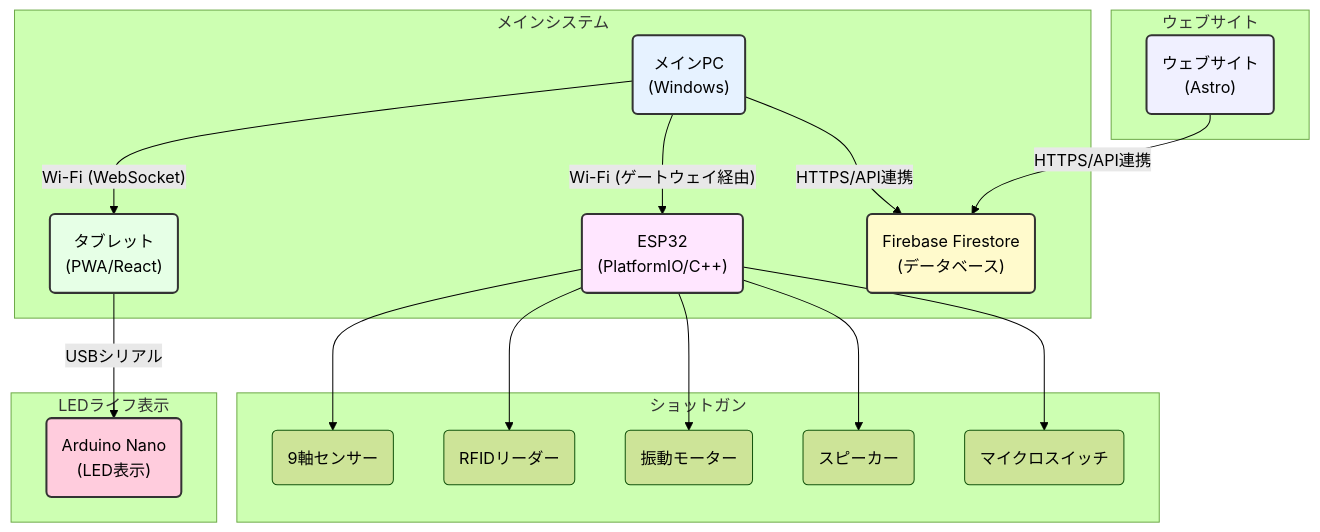
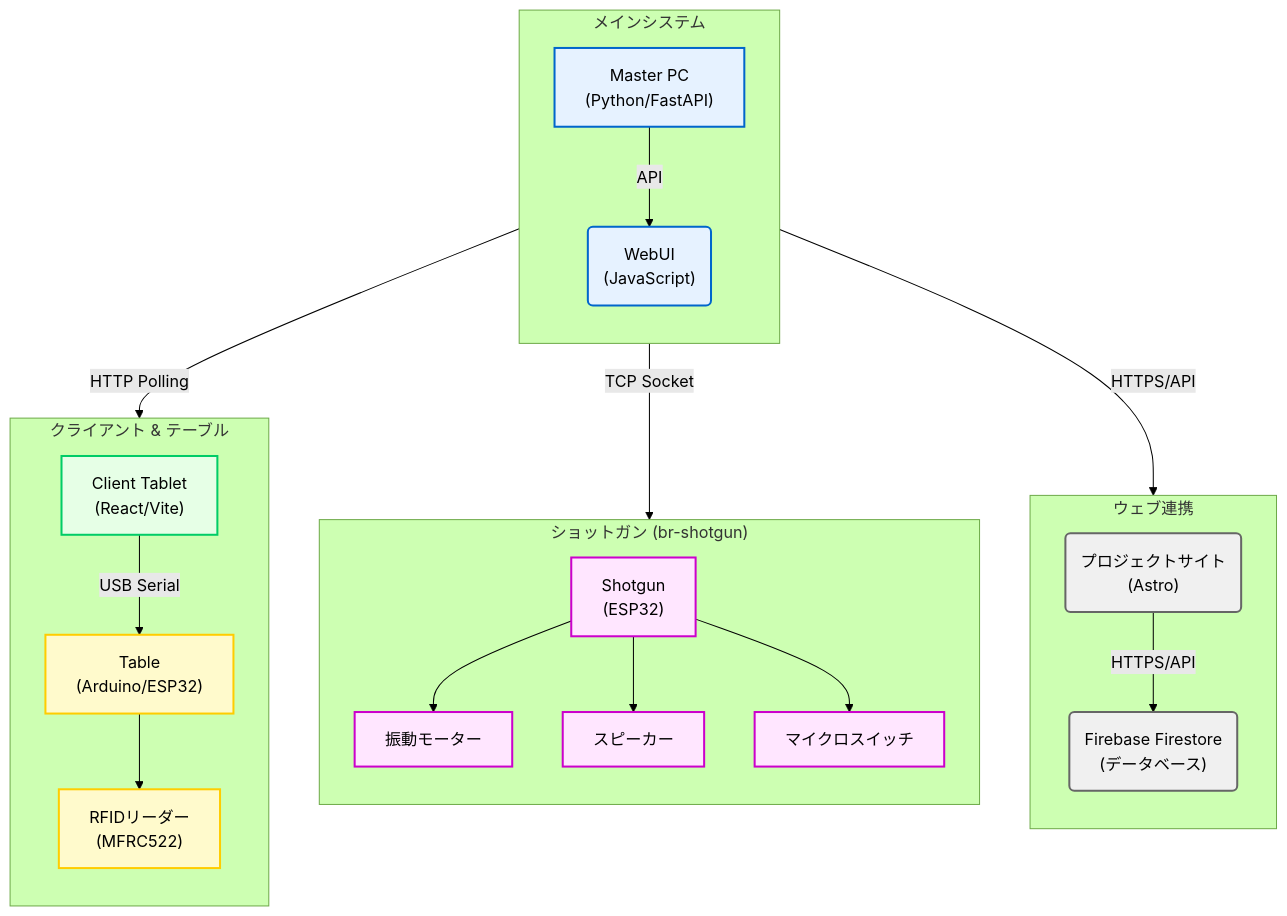
The diagram in tech.md (ProjectBR-Real/docs), drawn with Mermaid (forest theme) before and after one commit.

Commit message:
Refactor tech stack diagram with new components

````diff
--- a/tech.md
+++ b/tech.md
@@ -3,33 +3,51 @@
 ```mermaid
-graph TB
-    subgraph "メインシステム"
-        MainPC("メインPC<br>(Windows)")
-        MainPC -- Wi-Fi (ゲートウェイ経由) --> ESP32("ESP32<br>(PlatformIO/C++)")
-        MainPC -- Wi-Fi (WebSocket) --> TabletPWA("タブレット<br>(PWA/React)")
-        MainPC -- HTTPS/API連携 --> FirebaseDB("Firebase Firestore<br>(データベース)")
+flowchart TB
+    %% スタイル定義
+    classDef default fill:#f9f9f9,stroke:#333,stroke-width:1px;
+    classDef master fill:#e6f2ff,stroke:#0066cc,stroke-width:2px;
+    classDef client fill:#e6ffe6,stroke:#00cc66,stroke-width:2px;
+    classDef shotgun fill:#ffe6ff,stroke:#cc00cc,stroke-width:2px;
+    classDef table fill:#fffacc,stroke:#ffcc00,stroke-width:2px;
+    classDef web fill:#f0f0f0,stroke:#666,stroke-width:2px;
+
+    subgraph MainSystem ["メインシステム"]
+        direction TB
+        Master["Master PC<br>(Python/FastAPI)"]:::master
+        WebUI("WebUI<br>(JavaScript)"):::master
+        Master -- API --> WebUI
     end
 
-    subgraph "ショットガン"
-        ESP32 --> MPU9250("9軸センサー")
-        ESP32 --> MFRC522("RFIDリーダー")
-        ESP32 --> Motor("振動モーター")
-        ESP32 --> Speaker("スピーカー")
-        ESP32 --> Switch("マイクロスイッチ")
+    subgraph Web ["ウェブ連携"]
+        direction TB
+        FirebaseDB("Firebase Firestore<br>(データベース)"):::web
+        Website("プロジェクトサイト<br>(Astro)"):::web
+        Master -- HTTPS/API --> FirebaseDB
+        Website -->|HTTPS/API| FirebaseDB
     end
 
-    subgraph "ウェブサイト"
-        Website("ウェブサイト<br>(Astro)")
-        Website -->|HTTPS/API連携| FirebaseDB
+    subgraph ShotgunSystem ["ショットガン (br-shotgun)"]
+        direction TB
+        Shotgun["Shotgun<br>(ESP32)"]:::shotgun
+        Motor["振動モーター"]:::shotgun
+        Speaker["スピーカー"]:::shotgun
+        Switch["マイクロスイッチ"]:::shotgun
+        
+        Shotgun --> Motor
+        Shotgun --> Speaker
+        Shotgun --> Switch
     end
 
-    subgraph "LEDライフ表示"
-        TabletPWA -- USBシリアル --> ArduinoNano("Arduino Nano<br>(LED表示)")
+    subgraph ClientSystem ["クライアント & テーブル"]
+        direction TB
+        Client["Client Tablet<br>(React/Vite)"]:::client
+        Table["Table<br>(Arduino/ESP32)"]:::table
+        RFID["RFIDリーダー<br>(MFRC522)"]:::table
+        
+        Client -- "USB Serial" --> Table
+        Table --> RFID
     end
 
-    style MainPC fill:#e6f2ff,stroke:#333,stroke-width:2px,color:#000
-    style ESP32 fill:#ffe6ff,stroke:#333,stroke-width:2px,color:#000
-    style TabletPWA fill:#e6ffe6,stroke:#333,stroke-width:2px,color:#000
-    style Website fill:#f0f0ff,stroke:#333,stroke-width:2px,color:#000
-    style FirebaseDB fill:#fffacc,stroke:#333,stroke-width:2px,color:#000
-    style ArduinoNano fill:#ffccdd,stroke:#333,stroke-width:2px,color:#000
+    %% システム間通信
+    Master -- "TCP Socket" --> Shotgun
+    Master -- "HTTP Polling" --> Client
 ```
````
